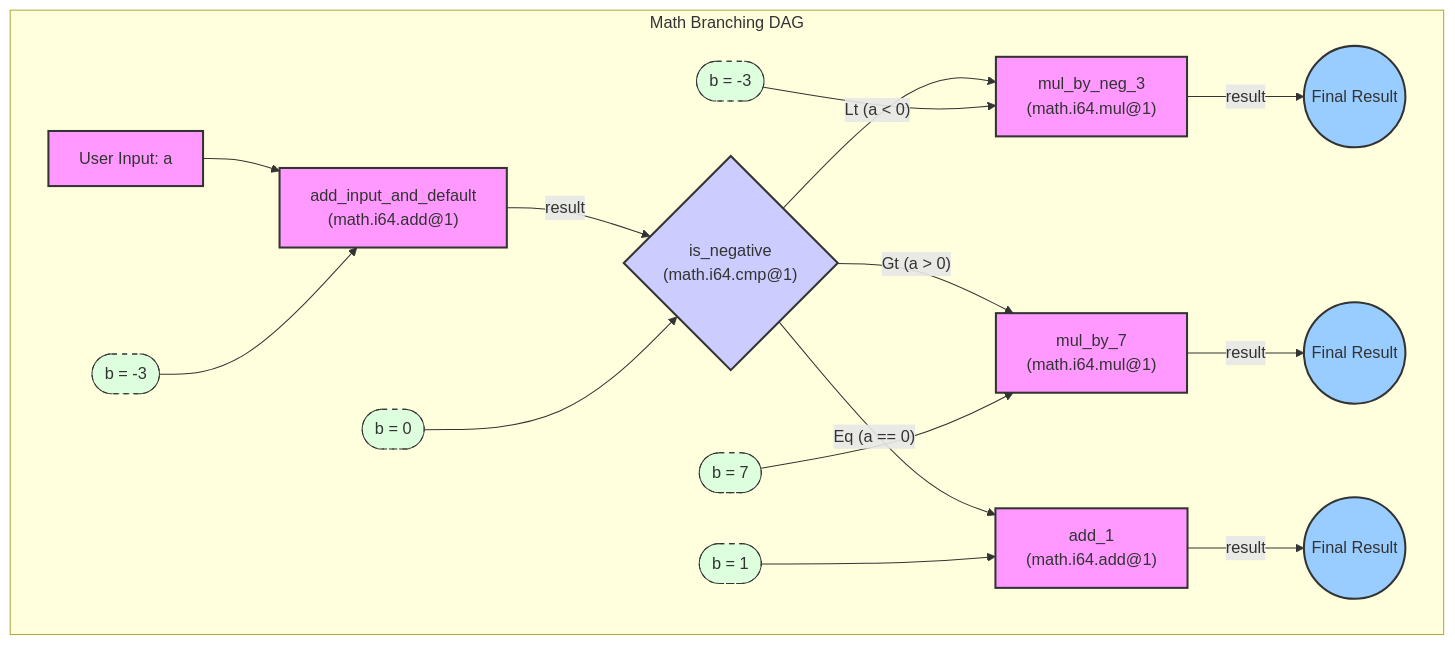
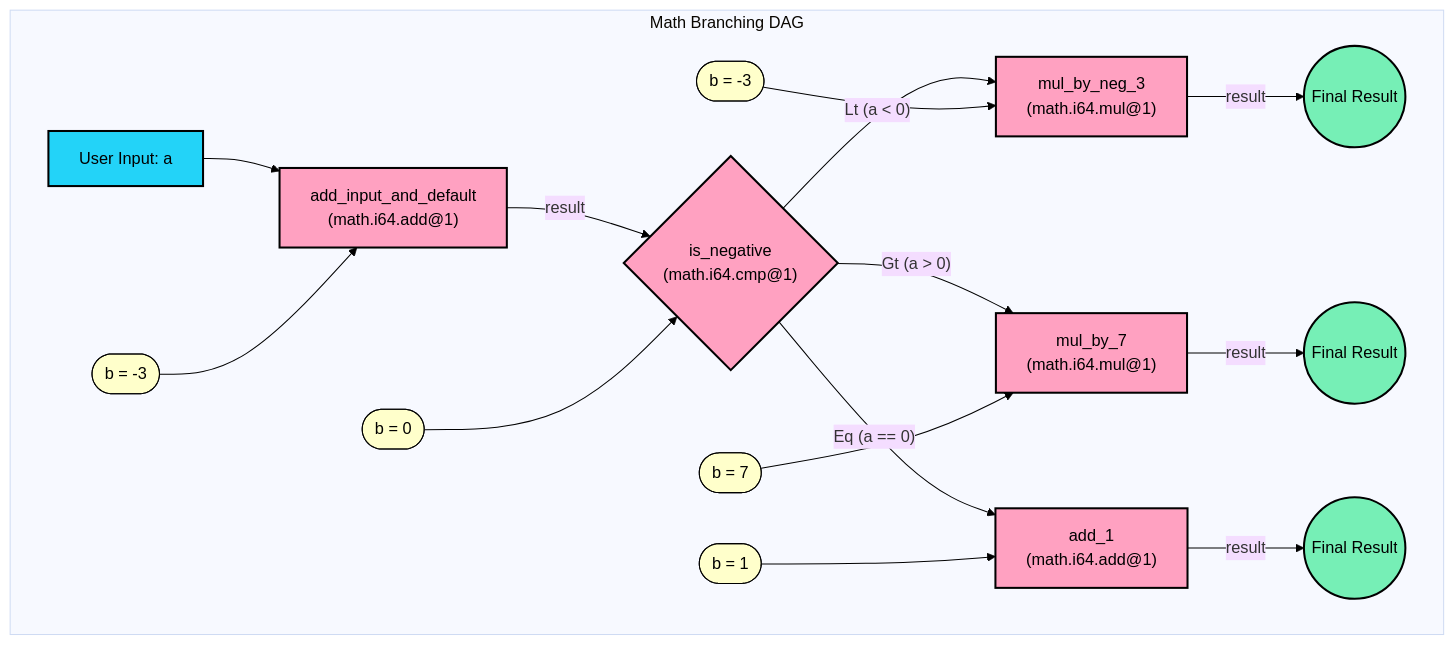
The diagram in docs/guides/math-branching-dag-builder.md (Talus-Network/nexus-sdk), drawn with Mermaid before and after one commit. The commit also changed 3 other files, not shown here.

Commit message:
update styling of mermaid diagrams

````diff
--- a/docs/guides/math-branching-dag-builder.md
+++ b/docs/guides/math-branching-dag-builder.md
@@ -19,32 +19,33 @@
 ```mermaid
+%%{init: {'theme': 'base', 'themeVariables': { 'background': '#FFFFFF' }}}%%
 graph TD
     subgraph "Math Branching DAG"
         Input[User Input: a] --> A["add_input_and_default<br>(math.i64.add@1)"];
         Def1([b = -3]) --> A;
         A -- "result" --> B{"is_negative<br>(math.i64.cmp@1)"};
         Def2([b = 0]) --> B;
         
         B -- "Lt (a < 0)" --> C["mul_by_neg_3<br>(math.i64.mul@1)"];
         Def3([b = -3]) --> C;
         
         B -- "Gt (a > 0)" --> D["mul_by_7<br>(math.i64.mul@1)"];
         Def4([b = 7]) --> D;
         
         B -- "Eq (a == 0)" --> E["add_1<br>(math.i64.add@1)"];
         Def5([b = 1]) --> E;
         
         C -- "result" --> Result1((Final Result));
         D -- "result" --> Result2((Final Result));
         E -- "result" --> Result3((Final Result));
     end
 
-    classDef default fill:#f9f,stroke:#333,stroke-width:2px;
-    classDef compare fill:#ccf,stroke:#333,stroke-width:2px;
-    classDef output fill:#9cf,stroke:#333,stroke-width:2px;
-    classDef constant fill:#dfd,stroke:#333,stroke-width:1px,stroke-dasharray: 5 5;
+    classDef tool fill:#FFA1C1,stroke:#000000,stroke-width:2px,color:#000000;
+    classDef input fill:#23D3F8,stroke:#000000,stroke-width:2px,color:#000000;
+    classDef output fill:#76EFB6,stroke:#000000,stroke-width:2px,color:#000000;
+    classDef default fill:#FFFFCB,stroke:#000000,stroke-width:1px 5,color:#000000;
     
-    class A,C,D,E default;
-    class B compare;
+    class A,C,D,E,B tool;
     class Result1,Result2,Result3 output;
-    class Def1,Def2,Def3,Def4,Def5 constant;
+    class Input input;
+    class Def1,Def2,Def3,Def4,Def5 default;
 ```
````
